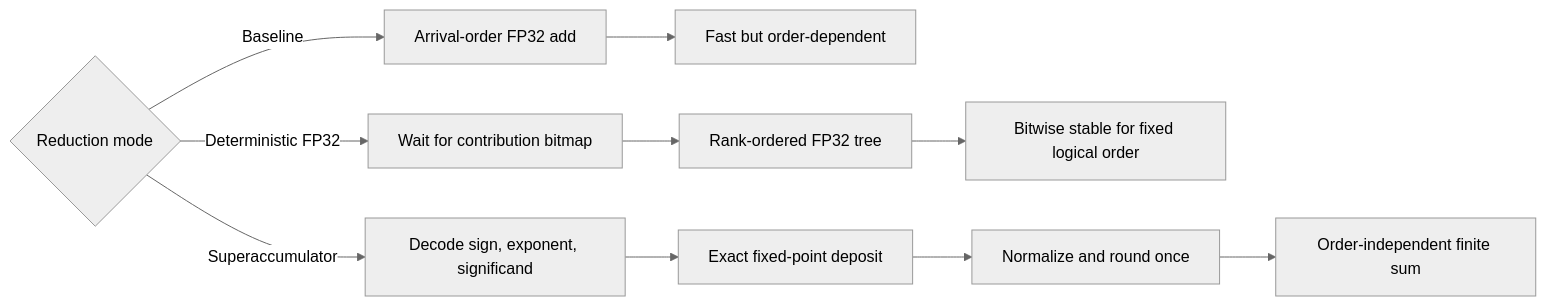
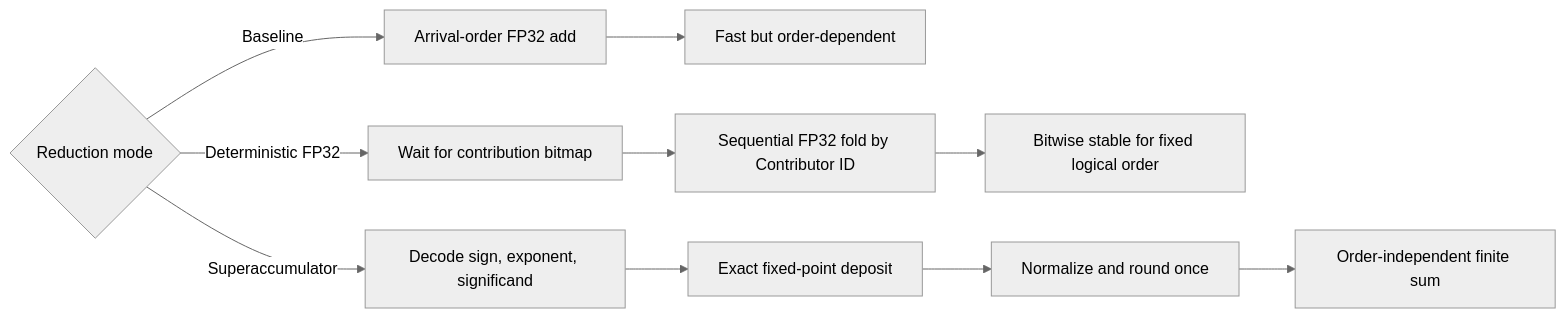
One commit to uniquadev/prism changed the diagram in docs/chapters/1-introduction/reproducibility.md. Above: the diagram before and after it, drawn with Mermaid (neutral theme). The commit also changed other lines of this file and 30 other files, not shown here.

````diff
--- a/docs/chapters/1-introduction/reproducibility.md
+++ b/docs/chapters/1-introduction/reproducibility.md
@@ -24,16 +24,16 @@
 ```mermaid
 flowchart LR
     S{Reduction mode}
 
     S -->|Baseline| B[Arrival-order FP32 add]
     B --> O1[Fast but order-dependent]
 
     S -->|Deterministic FP32| C[Wait for contribution bitmap]
-    C --> D[Rank-ordered FP32 tree]
+    C --> D[Sequential FP32 fold by Contributor ID]
     D --> O2[Bitwise stable for fixed logical order]
 
     S -->|Superaccumulator| E[Decode sign, exponent, significand]
     E --> F[Exact fixed-point deposit]
     F --> G[Normalize and round once]
     G --> O3[Order-independent finite sum]
 ```
````
